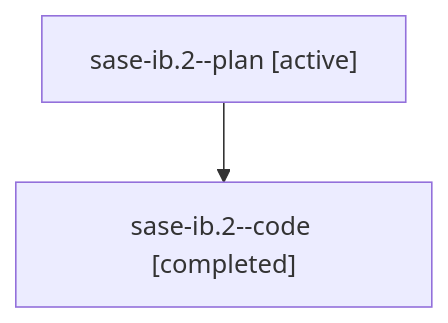
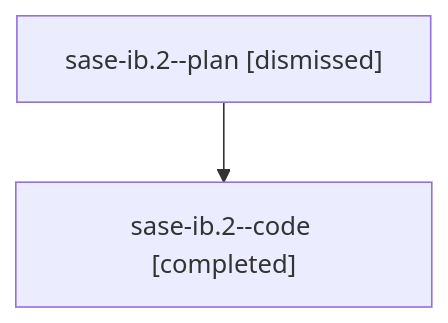
The diagram in sessions/bbugyi200.athena.sase-ib.2.md (sase-org/sase--agents), drawn with Mermaid before and after one commit. The commit also changed other lines of this file and 60 other files, not shown here.

````diff
--- a/sessions/bbugyi200.athena.sase-ib.2.md
+++ b/sessions/bbugyi200.athena.sase-ib.2.md
@@ -9,6 +9,6 @@
 ```mermaid
 flowchart TD
-  n0["sase-ib.2--plan [active]"]
+  n0["sase-ib.2--plan [dismissed]"]
   n1["sase-ib.2--code [completed]"]
   n0 --> n1
 ```
````
